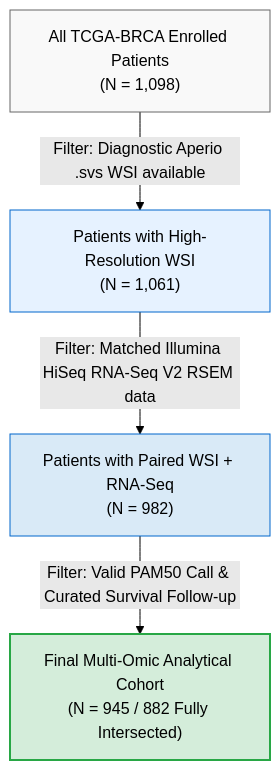
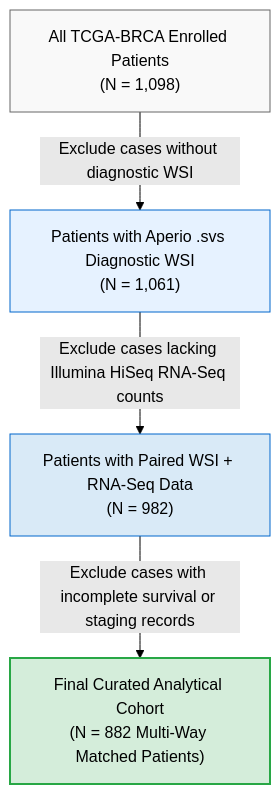
The second of 9 diagrams in README.md (Cheesenoice/breast-cancer-cdss), drawn with Mermaid (forest theme) before and after one commit. The commit also changed other lines of this file, not shown here.

Commit message:
docs: standardize README with rigorous, non-hyped academic reporting and exact empirical data from graduation report

````diff
--- a/README.md
+++ b/README.md
@@ -195,11 +190,11 @@
 ```mermaid
 flowchart TD
-    A["All TCGA-BRCA Enrolled Patients<br/>(N = 1,098)"] -->|Filter: Diagnostic Aperio .svs WSI available| B["Patients with High-Resolution WSI<br/>(N = 1,061)"]
-    B -->|Filter: Matched Illumina HiSeq RNA-Seq V2 RSEM data| C["Patients with Paired WSI + RNA-Seq<br/>(N = 982)"]
-    C -->|Filter: Valid PAM50 Call & Curated Survival Follow-up| D["Final Multi-Omic Analytical Cohort<br/>(N = 945 / 882 Fully Intersected)"]
+    A["All TCGA-BRCA Enrolled Patients<br/>(N = 1,098)"] -->|Exclude cases without diagnostic WSI| B["Patients with Aperio .svs Diagnostic WSI<br/>(N = 1,061)"]
+    B -->|Exclude cases lacking Illumina HiSeq RNA-Seq counts| C["Patients with Paired WSI + RNA-Seq Data<br/>(N = 982)"]
+    C -->|Exclude cases with incomplete survival or staging records| D["Final Curated Analytical Cohort<br/>(N = 882 Multi-Way Matched Patients)"]
     
     style A fill:#f9f9f9,stroke:#666,stroke-width:1px
     style B fill:#e6f2ff,stroke:#0066cc,stroke-width:1px
     style C fill:#d9eaf7,stroke:#0066cc,stroke-width:1px
     style D fill:#d4edda,stroke:#28a745,stroke-width:2px
 ```
````
